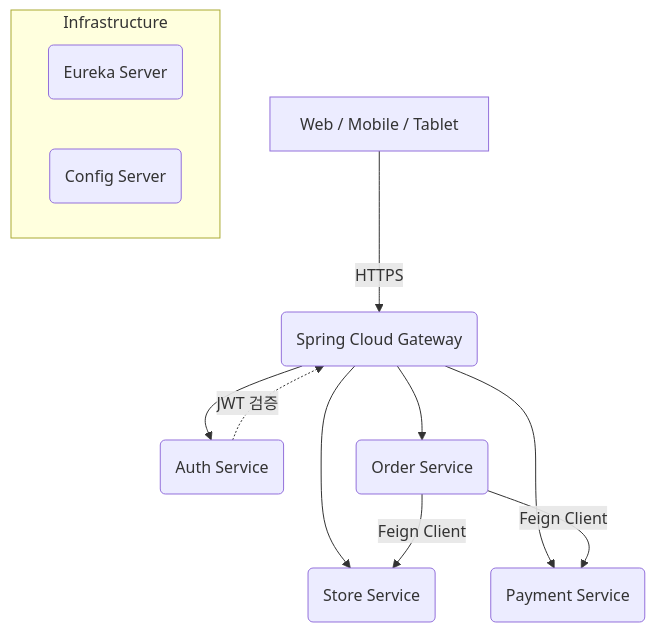
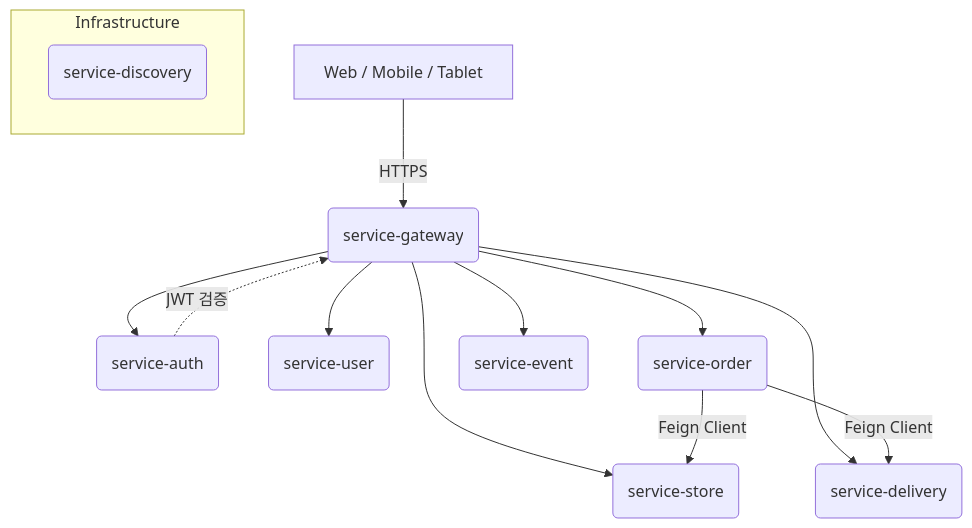
Before and after one commit to steveve14/FoodDeliveryAndIntegratedStoreManagementSystem: the diagram in docs/02_System_Architecture.md, drawn with Mermaid. The commit also changed 91 other files, not shown here.

````diff
--- a/docs/02_System_Architecture.md
+++ b/docs/02_System_Architecture.md
@@ -5,18 +5,19 @@
 ```mermaid
 graph TD
-    Client[Web / Mobile / Tablet] -->|HTTPS| Gateway(Spring Cloud Gateway)
+    Client[Web / Mobile / Tablet] -->|HTTPS| Gateway(service-gateway)
     
     subgraph Infrastructure
-        Eureka(Eureka Server)
-        Config(Config Server)
+        Eureka(service-discovery)
     end
     
-    Gateway --> Auth(Auth Service)
-    Gateway --> Store(Store Service)
-    Gateway --> Order(Order Service)
-    Gateway --> Pay(Payment Service)
+    Gateway --> Auth(service-auth)
+    Gateway --> User(service-user)
+    Gateway --> Store(service-store)
+    Gateway --> Order(service-order)
+    Gateway --> Delivery(service-delivery)
+    Gateway --> Event(service-event)
     
     Auth -.->|JWT 검증| Gateway
     Order -->|Feign Client| Store
-    Order -->|Feign Client| Pay
+    Order -->|Feign Client| Delivery
 ```
````
